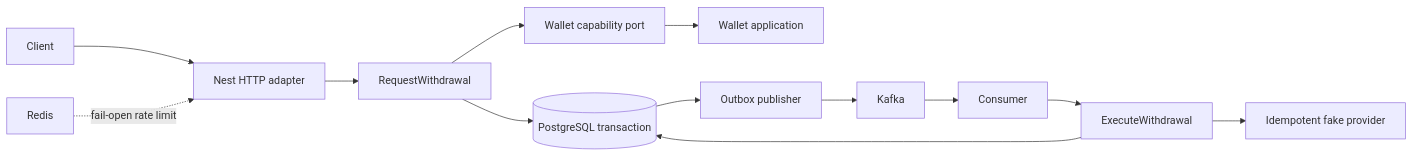
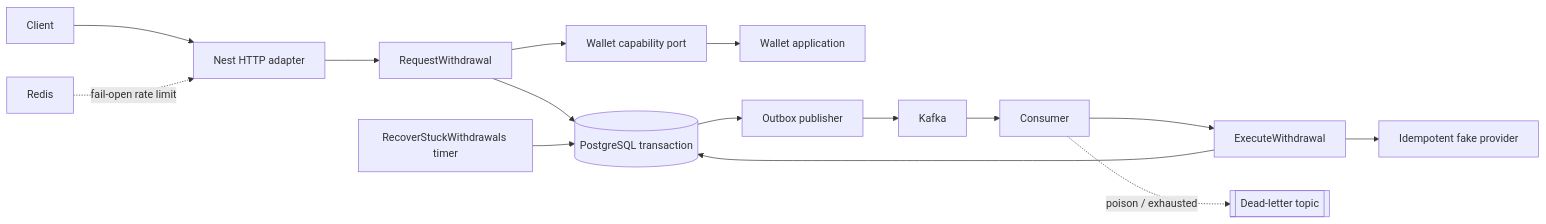
One commit to moeedhy/bitex-task changed the diagram in docs/ARCHITECTURE.md. Above: the diagram before and after it, drawn with Mermaid. The commit also changed other lines of this file and 80 other files, not shown here.

First line of the commit message:
refactor: own composition, schema, and failure handling explicitly

````diff
--- a/docs/ARCHITECTURE.md
+++ b/docs/ARCHITECTURE.md
@@ -15,15 +44,17 @@
 ```mermaid
 flowchart LR
   Client --> HTTP[Nest HTTP adapter]
   HTTP --> RW[RequestWithdrawal]
   RW --> WP[Wallet capability port]
   WP --> WA[Wallet application]
   RW --> PG[(PostgreSQL transaction)]
   PG --> OB[Outbox publisher]
   OB --> Kafka
   Kafka --> Consumer
   Consumer --> EW[ExecuteWithdrawal]
+  Consumer -. poison / exhausted .-> DLQ[[Dead-letter topic]]
   EW --> Provider[Idempotent fake provider]
   EW --> PG
+  Recovery[RecoverStuckWithdrawals timer] --> PG
   Redis -. fail-open rate limit .-> HTTP
 ```
````
